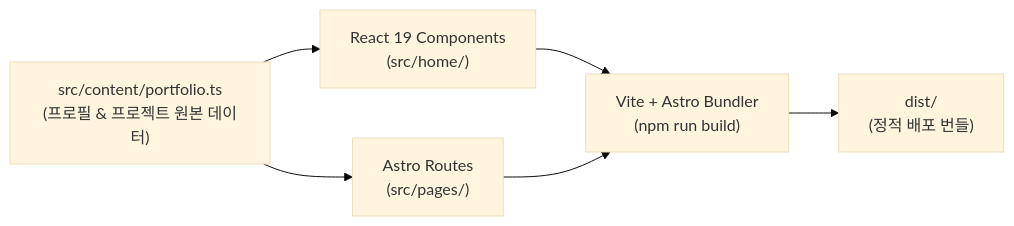
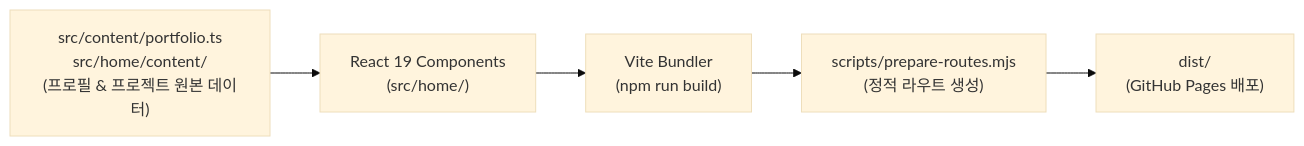
One commit to taejung3852/taejung3852.github.io changed the diagram in README.md. Above: the diagram before and after it, drawn with Mermaid (base theme). The commit also changed other lines of this file and 46 other files, not shown here.

````diff
--- a/README.md
+++ b/README.md
@@ -23,7 +18,7 @@
 ```mermaid
 graph LR
-    DATA["src/content/portfolio.ts<br/>(프로필 & 프로젝트 원본 데이터)"] --> REACT["React 19 Components<br/>(src/home/)"]
-    DATA --> ASTRO["Astro Routes<br/>(src/pages/)"]
-    REACT & ASTRO --> BUILD["Vite + Astro Bundler<br/>(npm run build)"]
-    BUILD --> DIST["dist/<br/>(정적 배포 번들)"]
+    DATA["src/content/portfolio.ts<br/>src/home/content/<br/>(프로필 & 프로젝트 원본 데이터)"] --> REACT["React 19 Components<br/>(src/home/)"]
+    REACT --> BUILD["Vite Bundler<br/>(npm run build)"]
+    BUILD --> ROUTES["scripts/prepare-routes.mjs<br/>(정적 라우트 생성)"]
+    ROUTES --> DIST["dist/<br/>(GitHub Pages 배포)"]
 ```
````
